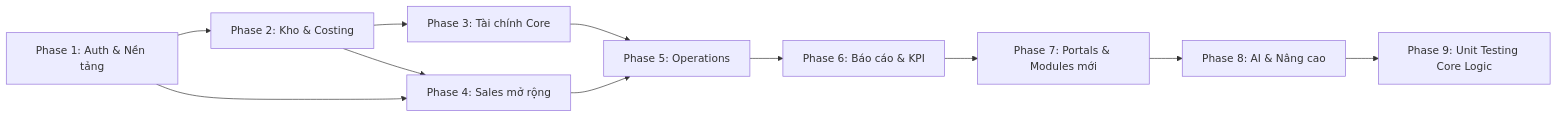
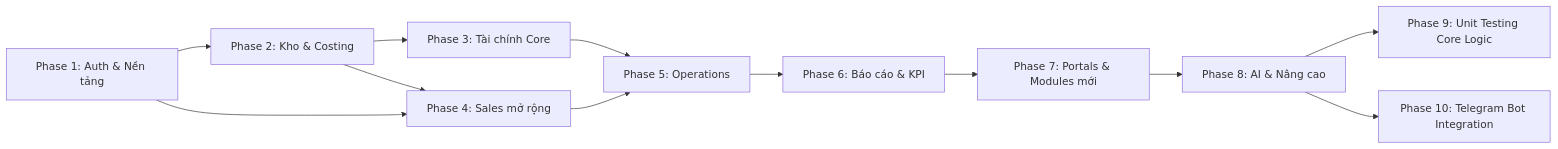
Before and after one commit to lycellar2-ui/ERP: the diagram in docs/wine-erp-implementation-plan.md, drawn with Mermaid. The commit also changed other lines of this file and 14 other files, not shown here.

First line of the commit message:
feat(telegram): integrate CEO Telegram Bot — 9 commands, 5 push notifications, Settings UI

````diff
--- a/docs/wine-erp-implementation-plan.md
+++ b/docs/wine-erp-implementation-plan.md
@@ -12,13 +12,14 @@
 ```mermaid
 graph LR
     P1[Phase 1: Auth & Nền tảng] --> P2[Phase 2: Kho & Costing]
     P2 --> P3[Phase 3: Tài chính Core]
     P1 --> P4[Phase 4: Sales mở rộng]
     P2 --> P4
     P3 --> P5[Phase 5: Operations]
     P4 --> P5
     P5 --> P6[Phase 6: Báo cáo & KPI]
     P6 --> P7[Phase 7: Portals & Modules mới]
     P7 --> P8[Phase 8: AI & Nâng cao]
     P8 --> P9[Phase 9: Unit Testing Core Logic]
+    P8 --> P10[Phase 10: Telegram Bot Integration]
 ```
````
